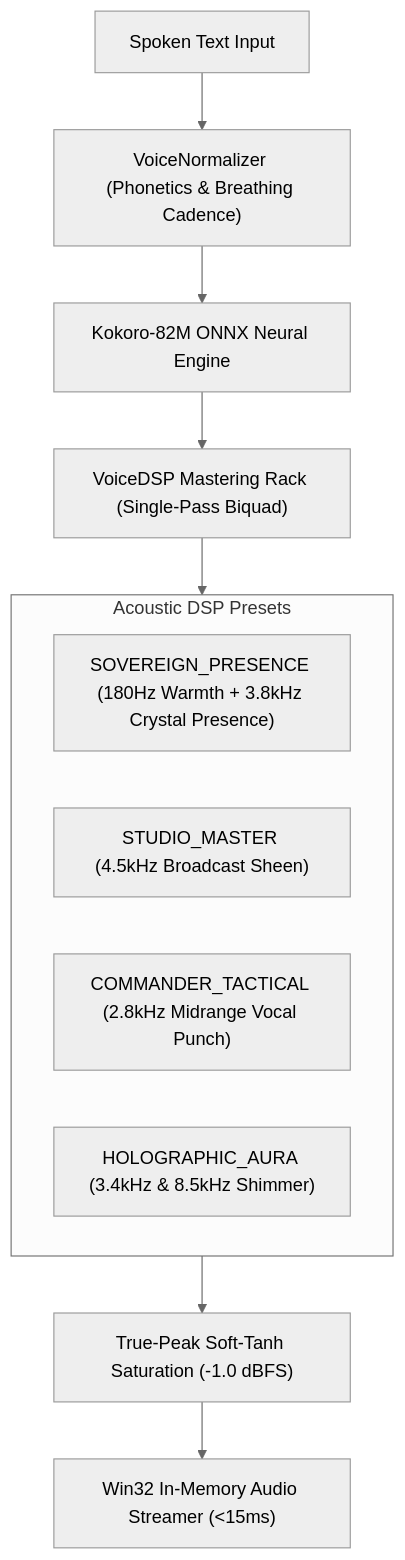
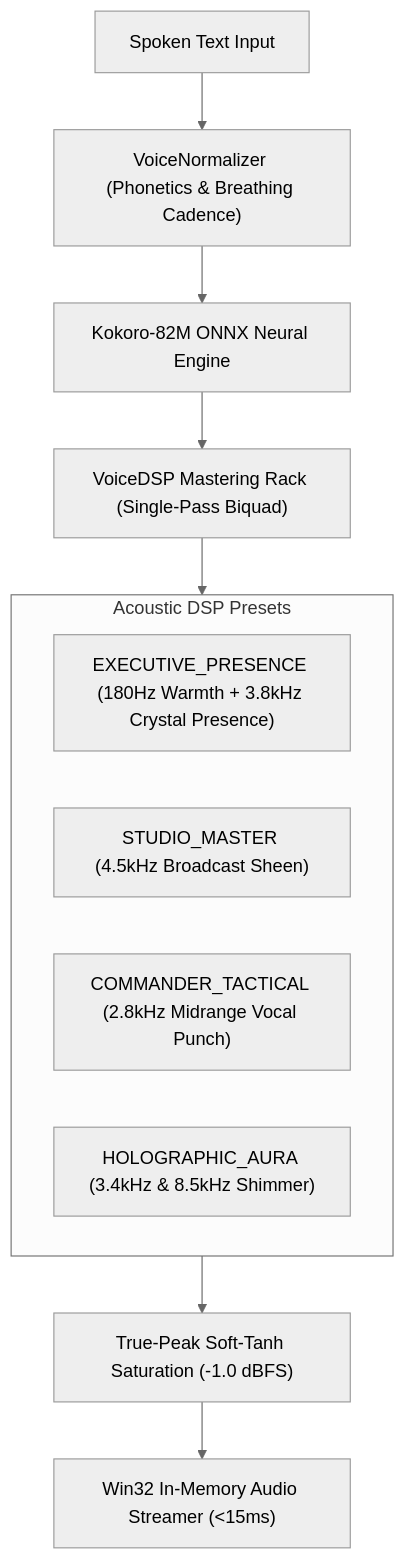
The diagram in vault/System_Architecture/voice_studio_and_dsp_mastering.md (SavianAlexander/uroboros-knowledge-engine), drawn with Mermaid (neutral theme) before and after one commit. The commit also changed other lines of this file and 51 other files, not shown here.

````diff
--- a/vault/System_Architecture/voice_studio_and_dsp_mastering.md
+++ b/vault/System_Architecture/voice_studio_and_dsp_mastering.md
@@ -16,17 +16,17 @@
 ```mermaid
 graph TD
     Text["Spoken Text Input"] --> Normalizer["VoiceNormalizer (Phonetics & Breathing Cadence)"]
     Normalizer --> Kokoro["Kokoro-82M ONNX Neural Engine"]
     Kokoro --> DSP["VoiceDSP Mastering Rack (Single-Pass Biquad)"]
     
     subgraph DSP_Presets["Acoustic DSP Presets"]
-        Sovereign["SOVEREIGN_PRESENCE (180Hz Warmth + 3.8kHz Crystal Presence)"]
+        Sovereign["EXECUTIVE_PRESENCE (180Hz Warmth + 3.8kHz Crystal Presence)"]
         Studio["STUDIO_MASTER (4.5kHz Broadcast Sheen)"]
         Tactical["COMMANDER_TACTICAL (2.8kHz Midrange Vocal Punch)"]
         Aura["HOLOGRAPHIC_AURA (3.4kHz & 8.5kHz Shimmer)"]
     end
     
     DSP --> DSP_Presets
     DSP_Presets --> Limiter["True-Peak Soft-Tanh Saturation (-1.0 dBFS)"]
     Limiter --> Output["Win32 In-Memory Audio Streamer (<15ms)"]
 ```
````
